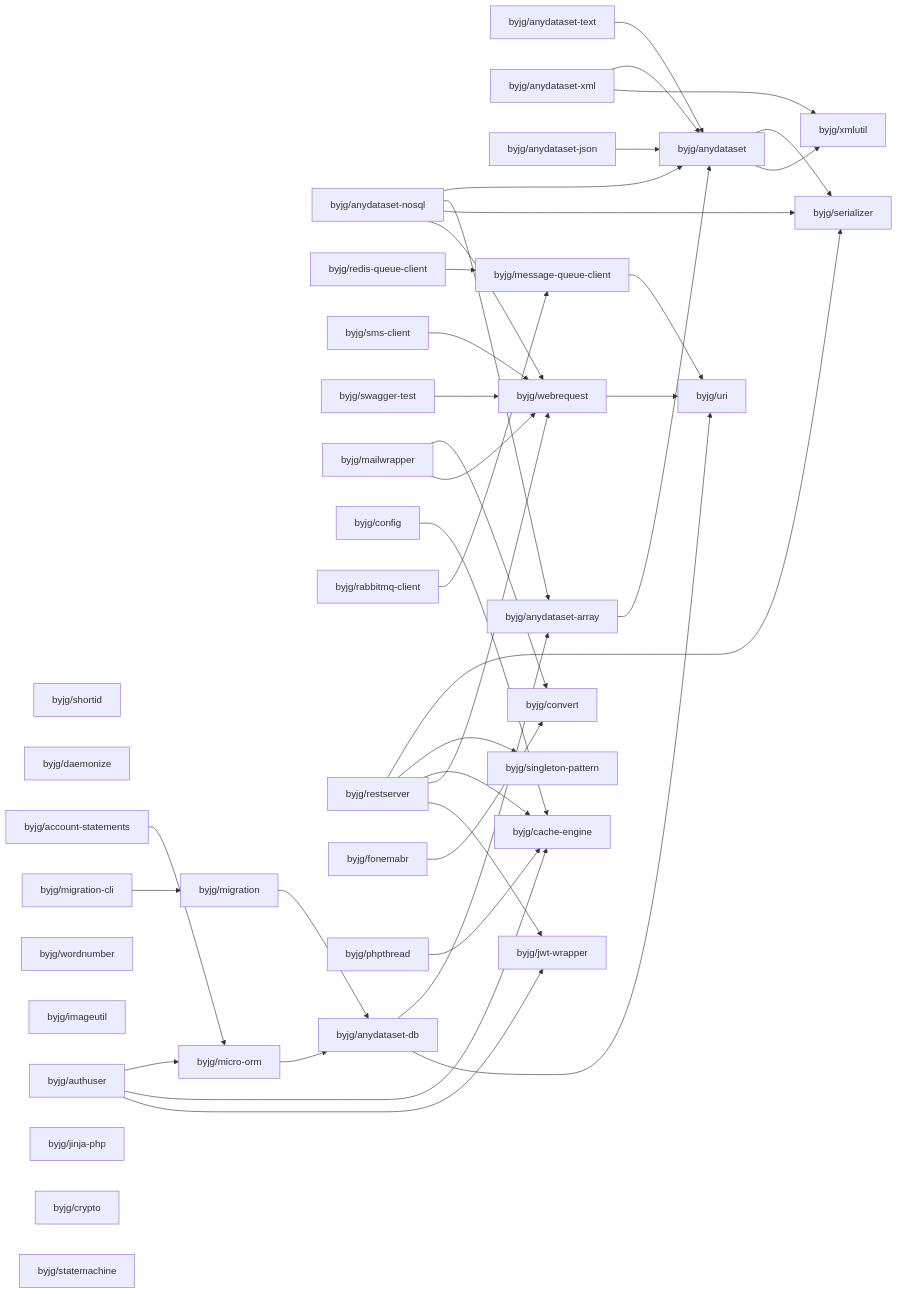
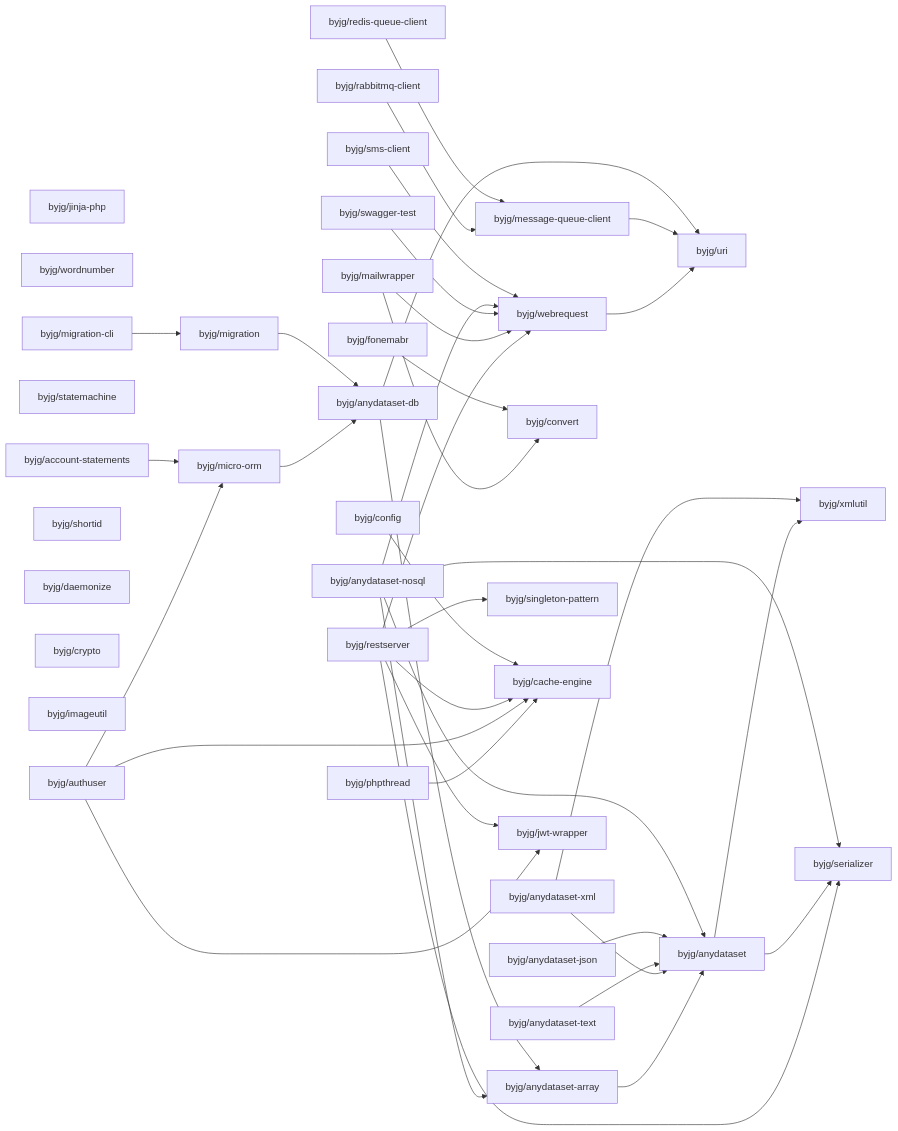
The diagram in docs/php/README.md (byjg/byjg.github.io), drawn with Mermaid before and after one commit. The commit also changed other lines of this file, not shown here.

Commit message:
Update documentation 'php' 'php-anydataset-db'

````diff
--- a/docs/php/README.md
+++ b/docs/php/README.md
@@ -3,76 +3,76 @@
 ```mermaid
 graph LR;
-  byjg/shortid;
-  byjg/anydataset-nosql;
-  byjg/anydataset-text;
-  byjg/redis-queue-client;
-  byjg/sms-client;
-  byjg/daemonize;
-  byjg/migration-cli;
-  byjg/account-statements;
-  byjg/swagger-test;
+  byjg/jinja-php;
   byjg/wordnumber;
   byjg/anydataset-xml;
+  byjg/phpthread;
+  byjg/account-statements;
+  byjg/statemachine;
+  byjg/swagger-test;
+  byjg/migration-cli;
+  byjg/sms-client;
+  byjg/shortid;
+  byjg/daemonize;
+  byjg/crypto;
+  byjg/redis-queue-client;
+  byjg/anydataset-text;
   byjg/imageutil;
   byjg/mailwrapper;
+  byjg/authuser;
+  byjg/fonemabr;
+  byjg/anydataset-nosql;
+  byjg/config;
+  byjg/rabbitmq-client;
+  byjg/restserver;
   byjg/anydataset-json;
-  byjg/config;
-  byjg/authuser;
-  byjg/jinja-php;
-  byjg/rabbitmq-client;
-  byjg/crypto;
-  byjg/statemachine;
-  byjg/restserver;
-  byjg/fonemabr;
-  byjg/phpthread;
   byjg/migration;
   byjg/micro-orm;
+  byjg/convert;
   byjg/message-queue-client;
   byjg/singleton-pattern;
+  byjg/cache-engine;
   byjg/webrequest;
   byjg/jwt-wrapper;
-  byjg/convert;
-  byjg/cache-engine;
   byjg/anydataset-db;
   byjg/anydataset-array;
   byjg/uri;
   byjg/anydataset;
   byjg/serializer;
   byjg/xmlutil;
   byjg/phpthread --> byjg/cache-engine;
   byjg/micro-orm --> byjg/anydataset-db;
   byjg/authuser --> byjg/micro-orm;
   byjg/authuser --> byjg/cache-engine;
   byjg/authuser --> byjg/jwt-wrapper;
   byjg/anydataset-array --> byjg/anydataset;
   byjg/restserver --> byjg/serializer;
   byjg/restserver --> byjg/singleton-pattern;
   byjg/restserver --> byjg/cache-engine;
   byjg/restserver --> byjg/webrequest;
   byjg/restserver --> byjg/jwt-wrapper;
   byjg/mailwrapper --> byjg/convert;
   byjg/mailwrapper --> byjg/webrequest;
   byjg/swagger-test --> byjg/webrequest;
   byjg/migration --> byjg/anydataset-db;
   byjg/account-statements --> byjg/micro-orm;
   byjg/anydataset --> byjg/serializer;
   byjg/anydataset --> byjg/xmlutil;
   byjg/fonemabr --> byjg/convert;
   byjg/anydataset-xml --> byjg/anydataset;
   byjg/anydataset-xml --> byjg/xmlutil;
   byjg/webrequest --> byjg/uri;
   byjg/config --> byjg/cache-engine;
   byjg/migration-cli --> byjg/migration;
   byjg/anydataset-text --> byjg/anydataset;
   byjg/message-queue-client --> byjg/uri;
   byjg/anydataset-json --> byjg/anydataset;
   byjg/anydataset-nosql --> byjg/anydataset;
   byjg/anydataset-nosql --> byjg/anydataset-array;
   byjg/anydataset-nosql --> byjg/serializer;
   byjg/anydataset-nosql --> byjg/webrequest;
   byjg/anydataset-db --> byjg/anydataset-array;
   byjg/anydataset-db --> byjg/uri;
   byjg/rabbitmq-client --> byjg/message-queue-client;
   byjg/redis-queue-client --> byjg/message-queue-client;
   byjg/sms-client --> byjg/webrequest;
 ```
````
